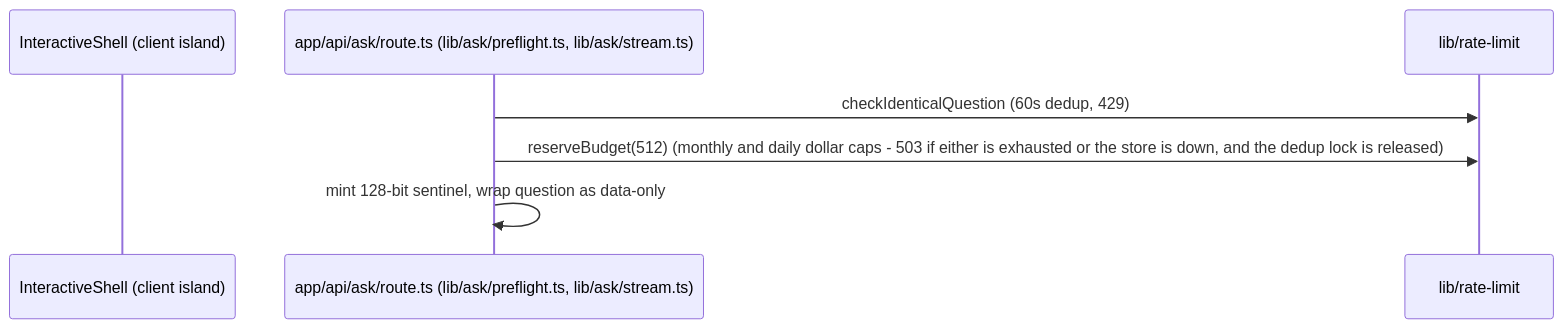
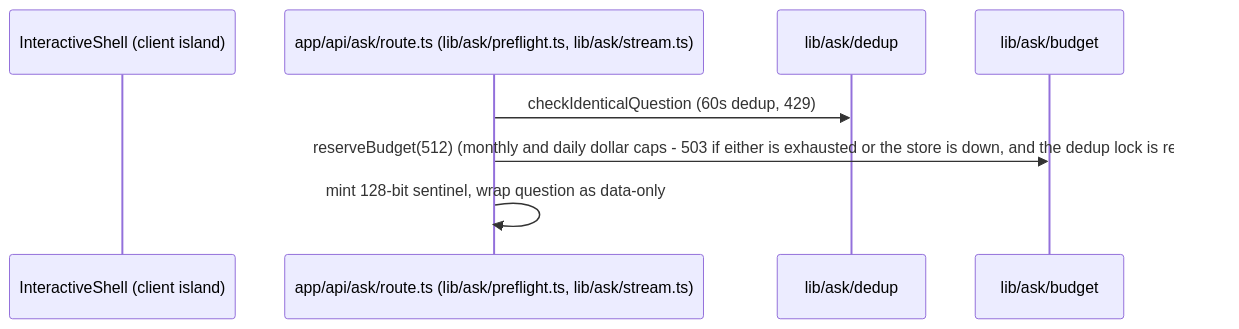
One commit to erikunha/portfolio changed the eighth of 14 diagrams in docs/03-rendering-and-data-flow.md. Above: the diagram before and after it, drawn with Mermaid. The commit also changed other lines of this file and 1454 other files, not shown here.

First line of the commit message:
refactor(architecture): milestones M0 to M14 and native ci:full (#423)

````diff
--- a/docs/03-rendering-and-data-flow.md
+++ b/docs/03-rendering-and-data-flow.md
@@ -182,10 +189,11 @@
 ```mermaid
 sequenceDiagram
     participant U as InteractiveShell (client island)
     participant R as app/api/ask/route.ts (lib/ask/preflight.ts, lib/ask/stream.ts)
-    participant RL as lib/rate-limit
+    participant D as lib/ask/dedup
+    participant B as lib/ask/budget
 
-    R->>RL: checkIdenticalQuestion (60s dedup, 429)
-    R->>RL: reserveBudget(512)  (monthly and daily dollar caps - 503 if either is exhausted or the store is down, and the dedup lock is released)
+    R->>D: checkIdenticalQuestion (60s dedup, 429)
+    R->>B: reserveBudget(512)  (monthly and daily dollar caps - 503 if either is exhausted or the store is down, and the dedup lock is released)
     R->>R: mint 128-bit sentinel, wrap question as data-only
 ```
````
